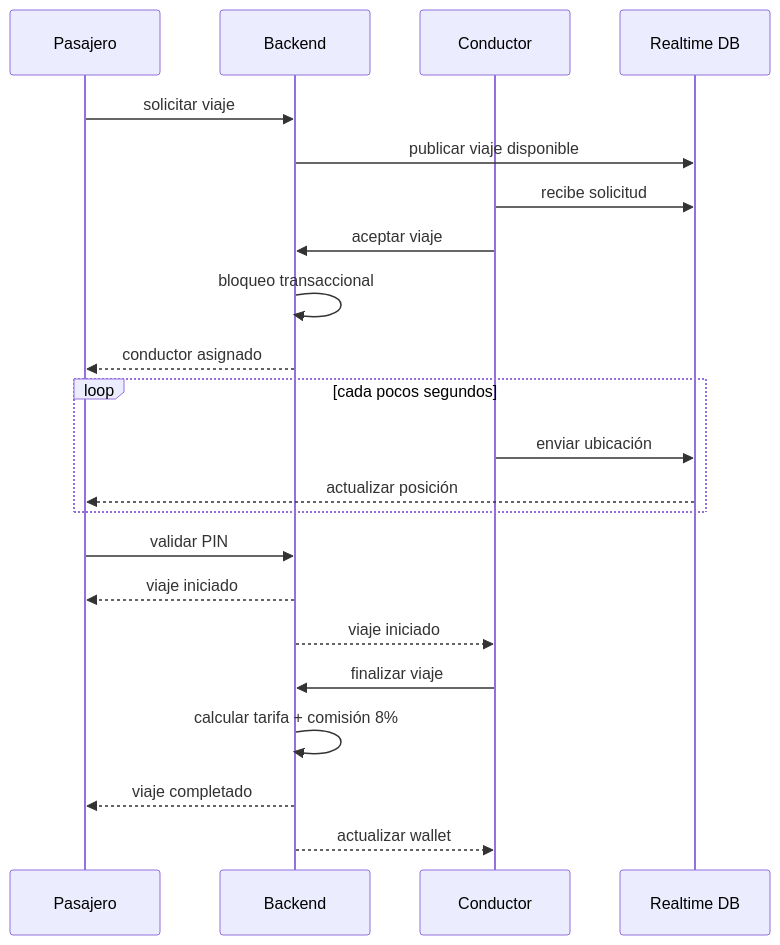
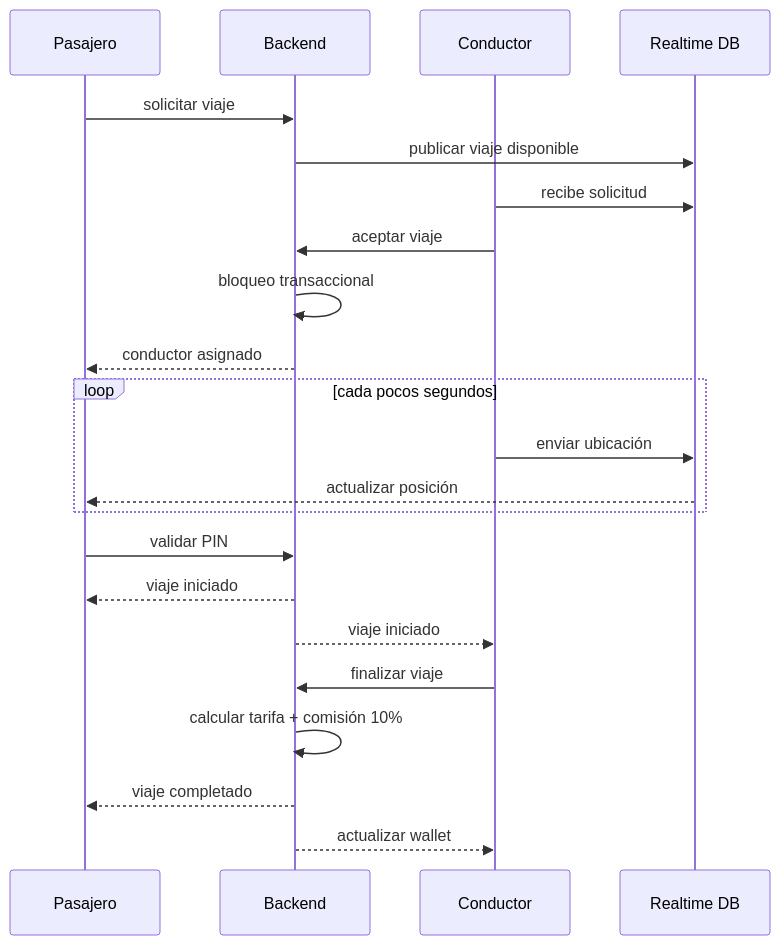
The diagram in motogo_mx_starter/docs/realtime_flow.md (ja121680-lang/MOTO-MX), drawn with Mermaid before and after one commit. The commit also changed 21 other files, not shown here.

````diff
--- a/motogo_mx_starter/docs/realtime_flow.md
+++ b/motogo_mx_starter/docs/realtime_flow.md
@@ -3,28 +3,28 @@
 ```mermaid
 sequenceDiagram
     participant P as Pasajero
     participant API as Backend
     participant D as Conductor
     participant RT as Realtime DB
 
     P->>API: solicitar viaje
     API->>RT: publicar viaje disponible
     D->>RT: recibe solicitud
     D->>API: aceptar viaje
     API->>API: bloqueo transaccional
     API-->>P: conductor asignado
 
     loop cada pocos segundos
         D->>RT: enviar ubicación
         RT-->>P: actualizar posición
     end
 
     P->>API: validar PIN
     API-->>P: viaje iniciado
     API-->>D: viaje iniciado
 
     D->>API: finalizar viaje
-    API->>API: calcular tarifa + comisión 8%
+    API->>API: calcular tarifa + comisión 10%
     API-->>P: viaje completado
     API-->>D: actualizar wallet
 ```
````
